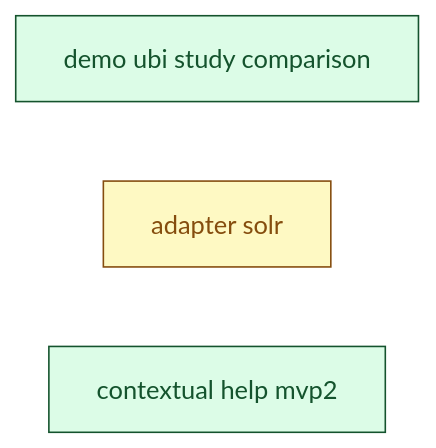
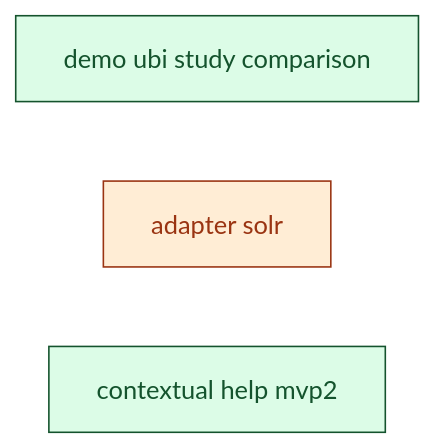
One commit to SoundMindsAI/relyloop changed the diagram in docs/00_overview/MVP2_DASHBOARD.md. Above: the diagram before and after it, drawn with Mermaid (forest theme). The commit also changed other lines of this file and 3 other files, not shown here.

````diff
--- a/docs/00_overview/MVP2_DASHBOARD.md
+++ b/docs/00_overview/MVP2_DASHBOARD.md
@@ -82,14 +82,14 @@
 ```mermaid
 graph LR
   classDef done fill:#dcfce7,stroke:#14532d,color:#14532d;
   classDef implement fill:#ffedd5,stroke:#9a3412,color:#9a3412;
   classDef plan fill:#fef9c3,stroke:#854d0e,color:#854d0e;
   classDef spec fill:#dbeafe,stroke:#1e40af,color:#1e40af;
   classDef idea fill:#f1f5f9,stroke:#334155,color:#334155;
   feat_demo_ubi_study_comparison["demo ubi study comparison"]
   class feat_demo_ubi_study_comparison done;
   infra_adapter_solr["adapter solr"]
-  class infra_adapter_solr plan;
+  class infra_adapter_solr implement;
   feat_contextual_help_mvp2["contextual help mvp2"]
   class feat_contextual_help_mvp2 done;
 ```
````
